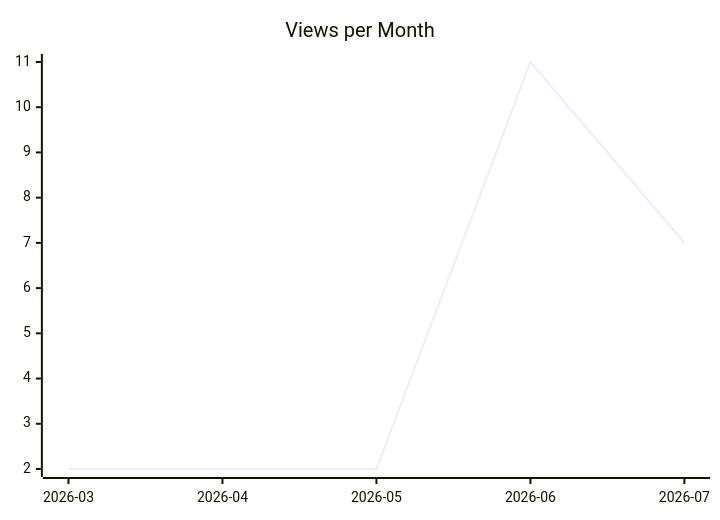
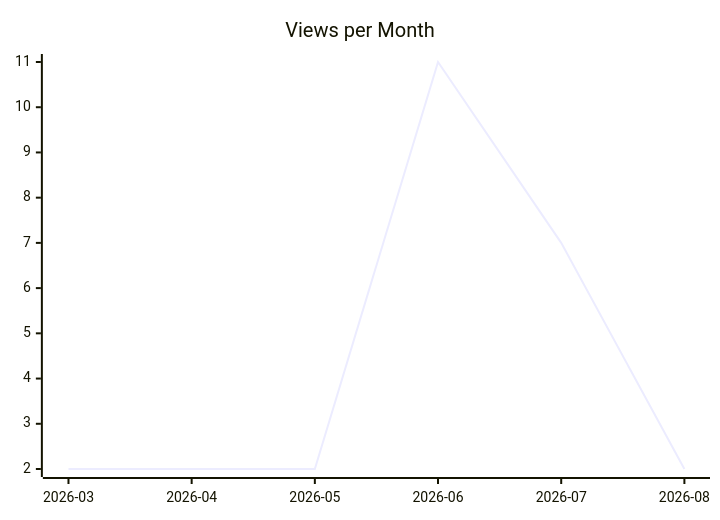
One commit to justdavis-family/github-analytics-data changed the second of 3 diagrams in karlmdavis/ansible-role-jenkins2/README.md. Above: the diagram before and after it, drawn with Mermaid. The commit also changed other lines of this file and 180 other files, not shown here.

````diff
--- a/karlmdavis/ansible-role-jenkins2/README.md
+++ b/karlmdavis/ansible-role-jenkins2/README.md
@@ -12,6 +12,6 @@
 ```mermaid
 xychart-beta
   title "Views per Month"
-  x-axis ["2026-03", "2026-04", "2026-05", "2026-06", "2026-07"]
-  line [2, 2, 2, 11, 7]
+  x-axis ["2026-03", "2026-04", "2026-05", "2026-06", "2026-07", "2026-08"]
+  line [2, 2, 2, 11, 7, 2]
 ```
````
